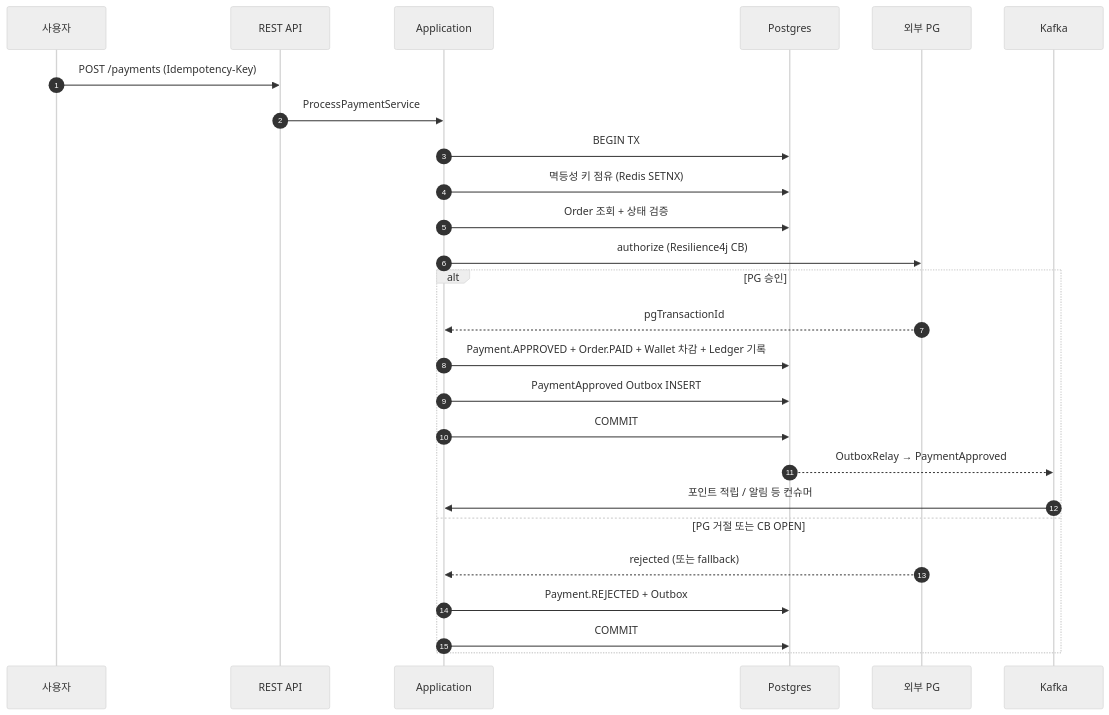
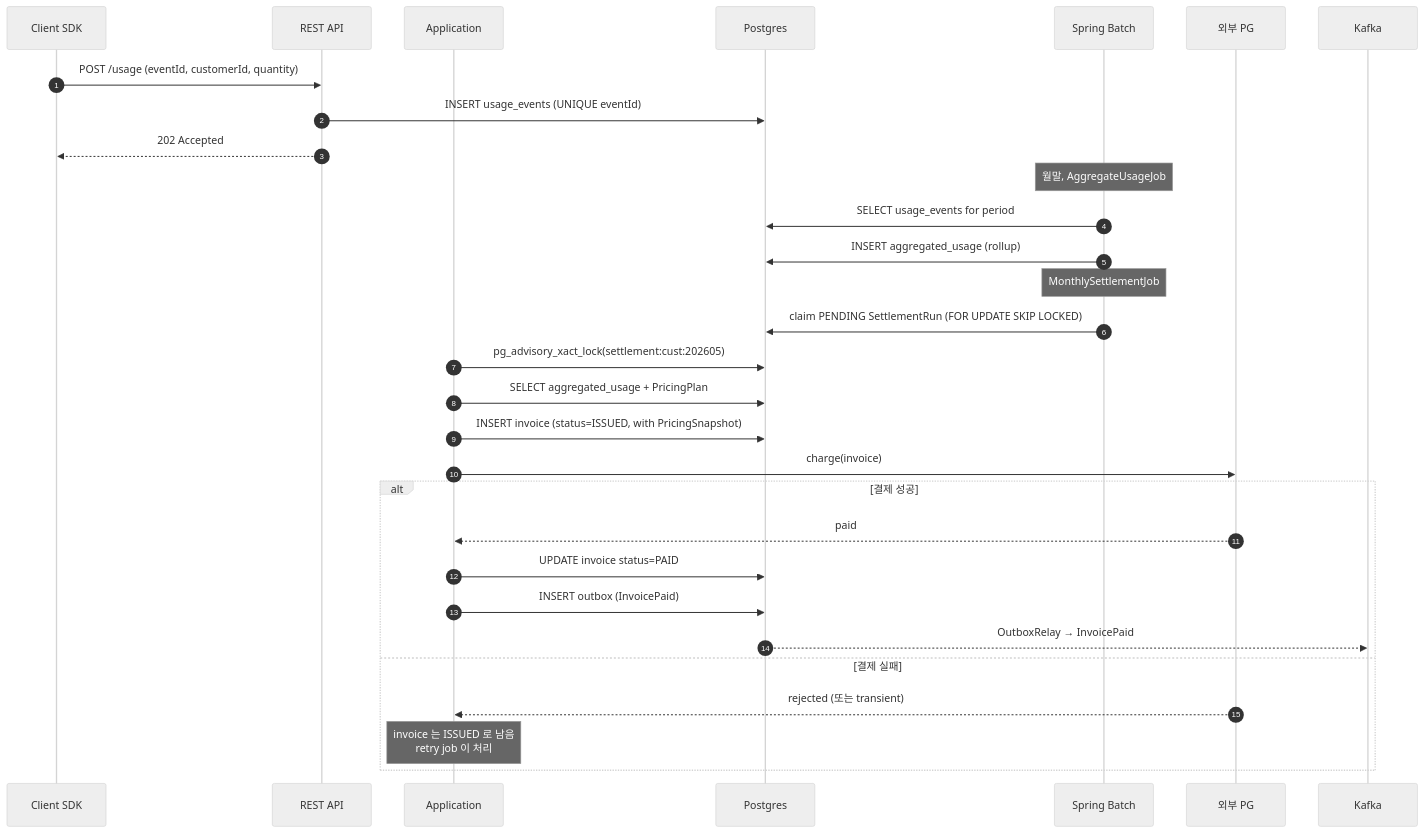
Before and after one commit to ssa1004/billing-platform: the first of 2 diagrams in README.md, drawn with Mermaid (neutral theme). The commit also changed other lines of this file and 367 other files, not shown here.

````diff
--- a/README.md
+++ b/README.md
@@ -67,29 +59,35 @@
 ```mermaid
 sequenceDiagram
     autonumber
-    participant U as 사용자
+    participant SDK as Client SDK
     participant API as REST API
     participant App as Application
     participant DB as Postgres
+    participant Batch as Spring Batch
     participant PG as 외부 PG
     participant K as Kafka
 
-    U->>API: POST /payments (Idempotency-Key)
-    API->>App: ProcessPaymentService
-    App->>DB: BEGIN TX
-    App->>DB: 멱등성 키 점유 (Redis SETNX)
-    App->>DB: Order 조회 + 상태 검증
-    App->>PG: authorize (Resilience4j CB)
-    alt PG 승인
-        PG-->>App: pgTransactionId
-        App->>DB: Payment.APPROVED + Order.PAID + Wallet 차감 + Ledger 기록
-        App->>DB: PaymentApproved Outbox INSERT
-        App->>DB: COMMIT
-        DB-->>K: OutboxRelay → PaymentApproved
-        K->>App: 포인트 적립 / 알림 등 컨슈머
-    else PG 거절 또는 CB OPEN
-        PG-->>App: rejected (또는 fallback)
-        App->>DB: Payment.REJECTED + Outbox
-        App->>DB: COMMIT
+    SDK->>API: POST /usage (eventId, customerId, quantity)
+    API->>DB: INSERT usage_events (UNIQUE eventId)
+    API-->>SDK: 202 Accepted
+
+    Note over Batch: 월말, AggregateUsageJob
+    Batch->>DB: SELECT usage_events for period
+    Batch->>DB: INSERT aggregated_usage (rollup)
+
+    Note over Batch: MonthlySettlementJob
+    Batch->>DB: claim PENDING SettlementRun (FOR UPDATE SKIP LOCKED)
+    App->>DB: pg_advisory_xact_lock(settlement:cust:202605)
+    App->>DB: SELECT aggregated_usage + PricingPlan
+    App->>DB: INSERT invoice (status=ISSUED, with PricingSnapshot)
+    App->>PG: charge(invoice)
+    alt 결제 성공
+        PG-->>App: paid
+        App->>DB: UPDATE invoice status=PAID
+        App->>DB: INSERT outbox (InvoicePaid)
+        DB-->>K: OutboxRelay → InvoicePaid
+    else 결제 실패
+        PG-->>App: rejected (또는 transient)
+        Note over App: invoice 는 ISSUED 로 남음<br/>retry job 이 처리
     end
 ```
````
